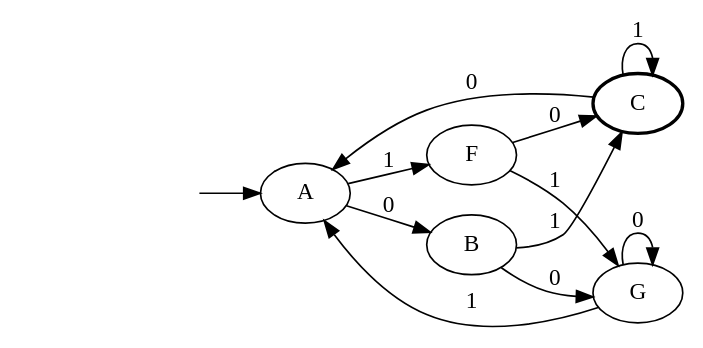
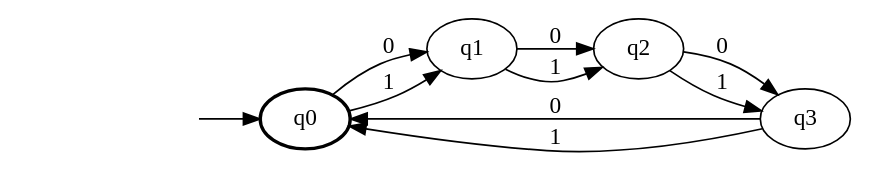
The diagram in af1.dot (Nikephore/GJA-J_07_2), drawn with Graphviz before and after one commit. The commit also changed 4 other files, not shown here.

```diff
--- a/af1.dot
+++ b/af1.dot
@@ -1,19 +1,16 @@
 digraph af1  { rankdir=LR;
 	_invisible [style="invis"];
-	C [penwidth="2"];
-	A;
-	G;
-	B;
-	F;
-	_invisible -> A ;
-	C -> A [label="0"];
-	C -> C [label="1"];
-	A -> B [label="0"];
-	A -> F [label="1"];
-	G -> G [label="0"];
-	G -> A [label="1"];
-	B -> G [label="0"];
-	B -> C [label="1"];
-	F -> C [label="0"];
-	F -> G [label="1"];
+	q0 [penwidth="2"];
+	q1;
+	q2;
+	q3;
+	_invisible -> q0 ;
+	q0 -> q1 [label="0"];
+	q0 -> q1 [label="1"];
+	q1 -> q2 [label="0"];
+	q1 -> q2 [label="1"];
+	q2 -> q3 [label="0"];
+	q2 -> q3 [label="1"];
+	q3 -> q0 [label="0"];
+	q3 -> q0 [label="1"];
 }
```
